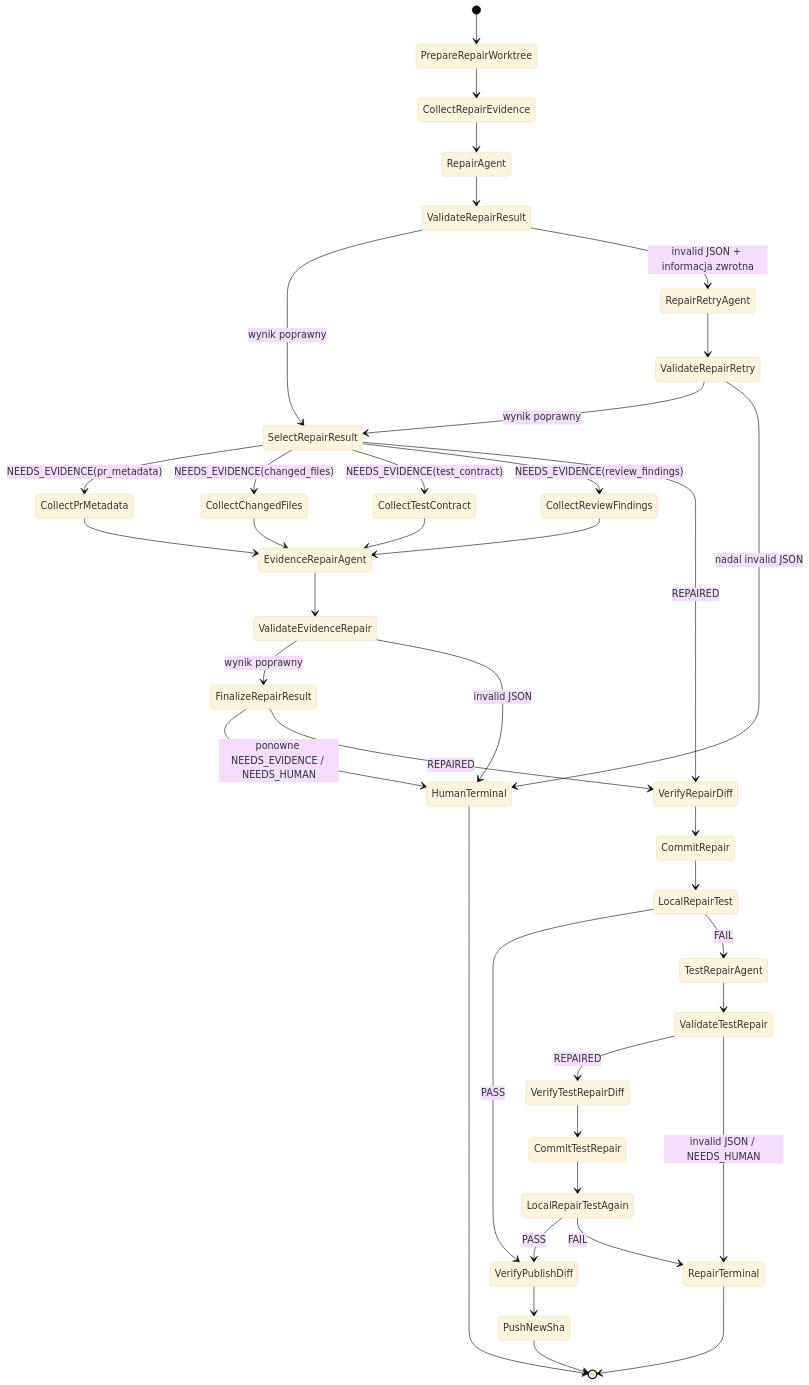
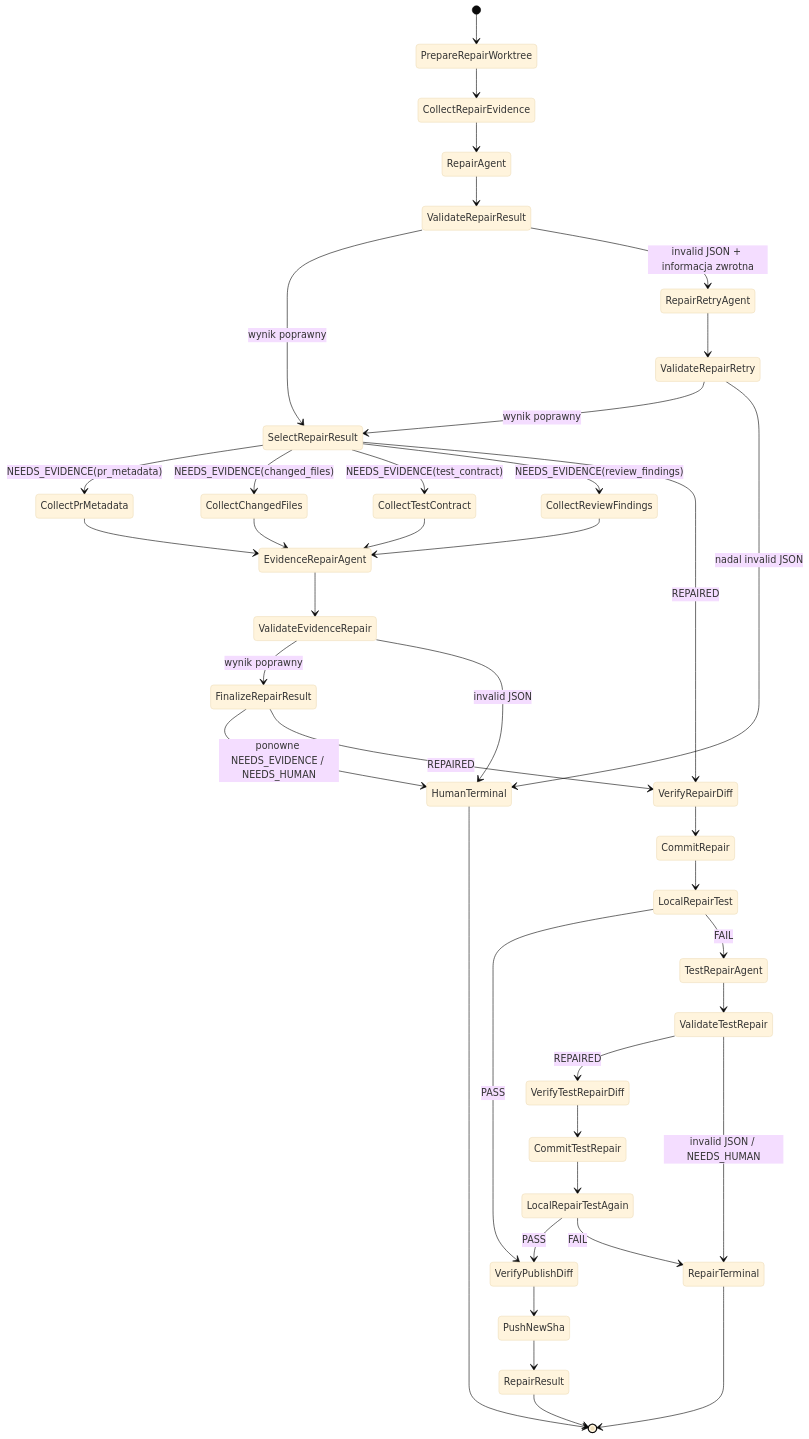
One commit to mikolaj92/lokay changed the fifth of 6 diagrams in README.md. Above: the diagram before and after it, drawn with Mermaid (base theme). The commit also changed other lines of this file, not shown here.

Commit message:
docs: expose delivery terminal results

````diff
--- a/README.md
+++ b/README.md
@@ -254,41 +255,42 @@
 ```mermaid
 stateDiagram-v2
     [*] --> PrepareRepairWorktree
     PrepareRepairWorktree --> CollectRepairEvidence
     CollectRepairEvidence --> RepairAgent
     RepairAgent --> ValidateRepairResult
     ValidateRepairResult --> SelectRepairResult: wynik poprawny
     ValidateRepairResult --> RepairRetryAgent: invalid JSON + informacja zwrotna
     RepairRetryAgent --> ValidateRepairRetry
     ValidateRepairRetry --> SelectRepairResult: wynik poprawny
     ValidateRepairRetry --> HumanTerminal: nadal invalid JSON
     SelectRepairResult --> CollectPrMetadata: NEEDS_EVIDENCE(pr_metadata)
     SelectRepairResult --> CollectChangedFiles: NEEDS_EVIDENCE(changed_files)
     SelectRepairResult --> CollectTestContract: NEEDS_EVIDENCE(test_contract)
     SelectRepairResult --> CollectReviewFindings: NEEDS_EVIDENCE(review_findings)
     CollectPrMetadata --> EvidenceRepairAgent
     CollectChangedFiles --> EvidenceRepairAgent
     CollectTestContract --> EvidenceRepairAgent
     CollectReviewFindings --> EvidenceRepairAgent
     EvidenceRepairAgent --> ValidateEvidenceRepair
     ValidateEvidenceRepair --> FinalizeRepairResult: wynik poprawny
     ValidateEvidenceRepair --> HumanTerminal: invalid JSON
     FinalizeRepairResult --> HumanTerminal: ponowne NEEDS_EVIDENCE / NEEDS_HUMAN
     SelectRepairResult --> VerifyRepairDiff: REPAIRED
     FinalizeRepairResult --> VerifyRepairDiff: REPAIRED
     VerifyRepairDiff --> CommitRepair
     CommitRepair --> LocalRepairTest
     LocalRepairTest --> VerifyPublishDiff: PASS
     LocalRepairTest --> TestRepairAgent: FAIL
     TestRepairAgent --> ValidateTestRepair
     ValidateTestRepair --> VerifyTestRepairDiff: REPAIRED
     ValidateTestRepair --> RepairTerminal: invalid JSON / NEEDS_HUMAN
     VerifyTestRepairDiff --> CommitTestRepair
     CommitTestRepair --> LocalRepairTestAgain
     LocalRepairTestAgain --> VerifyPublishDiff: PASS
     LocalRepairTestAgain --> RepairTerminal: FAIL
     VerifyPublishDiff --> PushNewSha
-    PushNewSha --> [*]
+    PushNewSha --> RepairResult
+    RepairResult --> [*]
     HumanTerminal --> [*]
     RepairTerminal --> [*]
 ```
````
